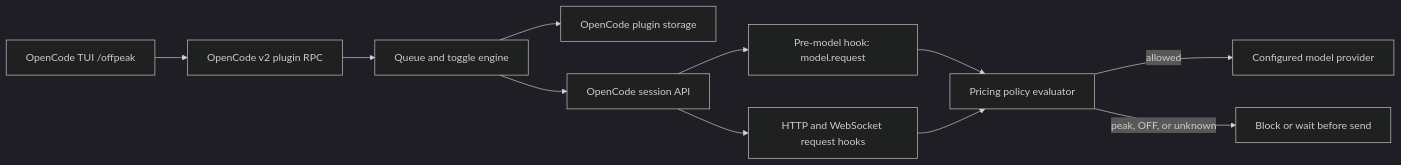
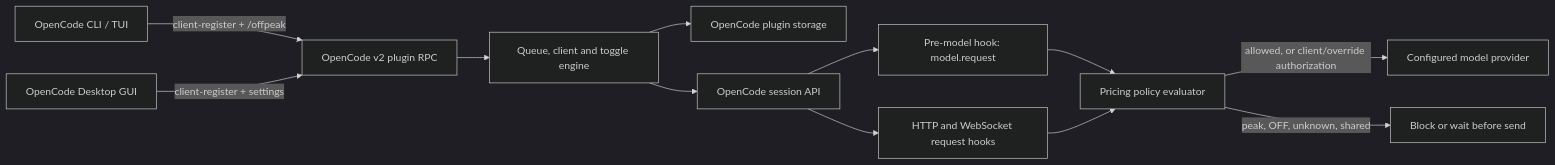
The first of 2 diagrams in ARCHITECTURE.md (lutzkind/opencode-offpeak), drawn with Mermaid (dark theme) before and after one commit. The commit also changed other lines of this file and 34 other files, not shown here.

Commit message:
feat: independent CLI and Desktop off-peak protection

````diff
--- a/ARCHITECTURE.md
+++ b/ARCHITECTURE.md
@@ -14,13 +15,14 @@
 ```mermaid
 flowchart LR
-  TUI[OpenCode TUI /offpeak] --> RPC[OpenCode v2 plugin RPC]
-  RPC --> Engine[Queue and toggle engine]
+  TUI[OpenCode CLI / TUI] -->|client-register + /offpeak| RPC[OpenCode v2 plugin RPC]
+  GUI[OpenCode Desktop GUI] -->|client-register + settings| RPC
+  RPC --> Engine[Queue, client and toggle engine]
   Engine --> Storage[OpenCode plugin storage]
   Engine --> Sessions[OpenCode session API]
   Sessions --> Defer[Pre-model hook: model.request]
   Sessions --> Guard[HTTP and WebSocket request hooks]
   Defer --> Policy[Pricing policy evaluator]
   Guard --> Policy
-  Policy -->|allowed| Provider[Configured model provider]
-  Policy -->|peak, OFF, or unknown| Wait[Block or wait before send]
+  Policy -->|allowed, or client/override authorization| Provider[Configured model provider]
+  Policy -->|peak, OFF, unknown, shared| Wait[Block or wait before send]
 ```
````
